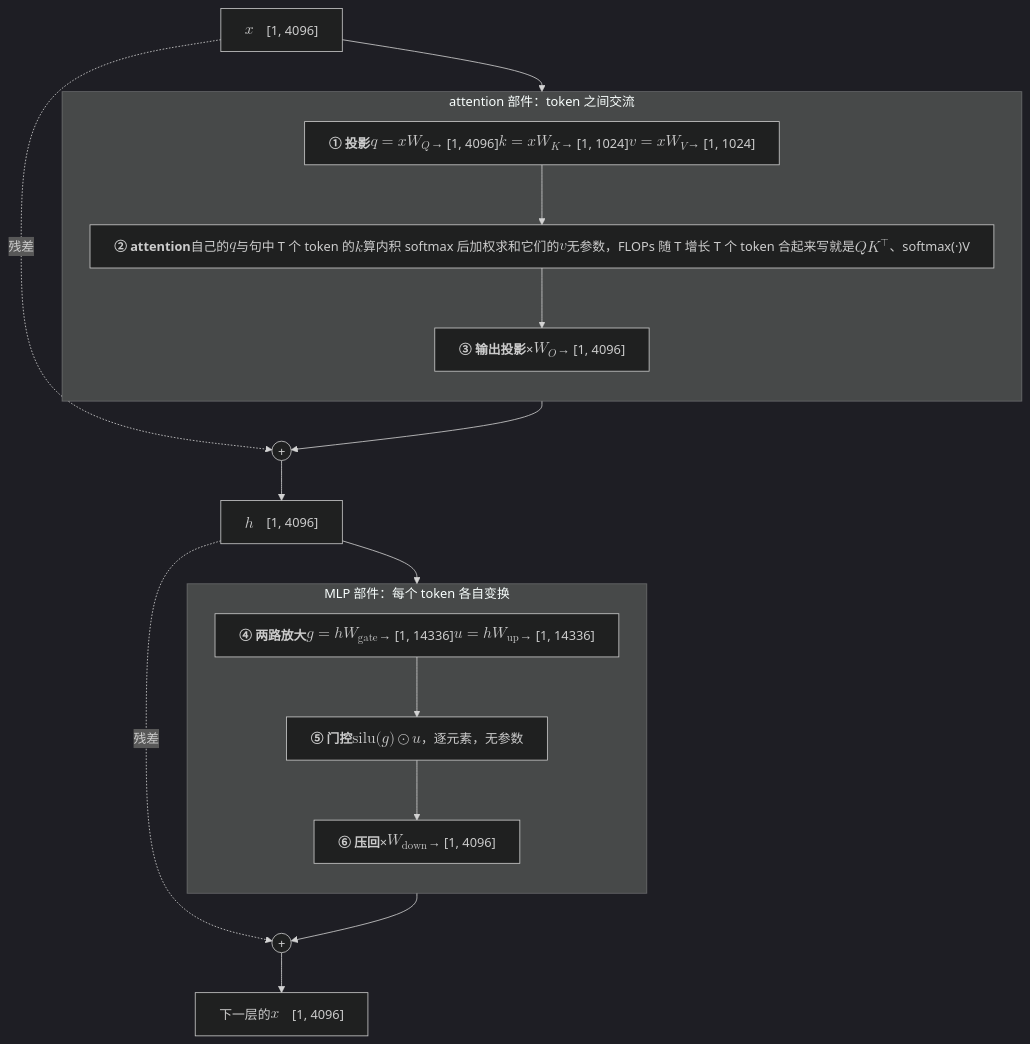
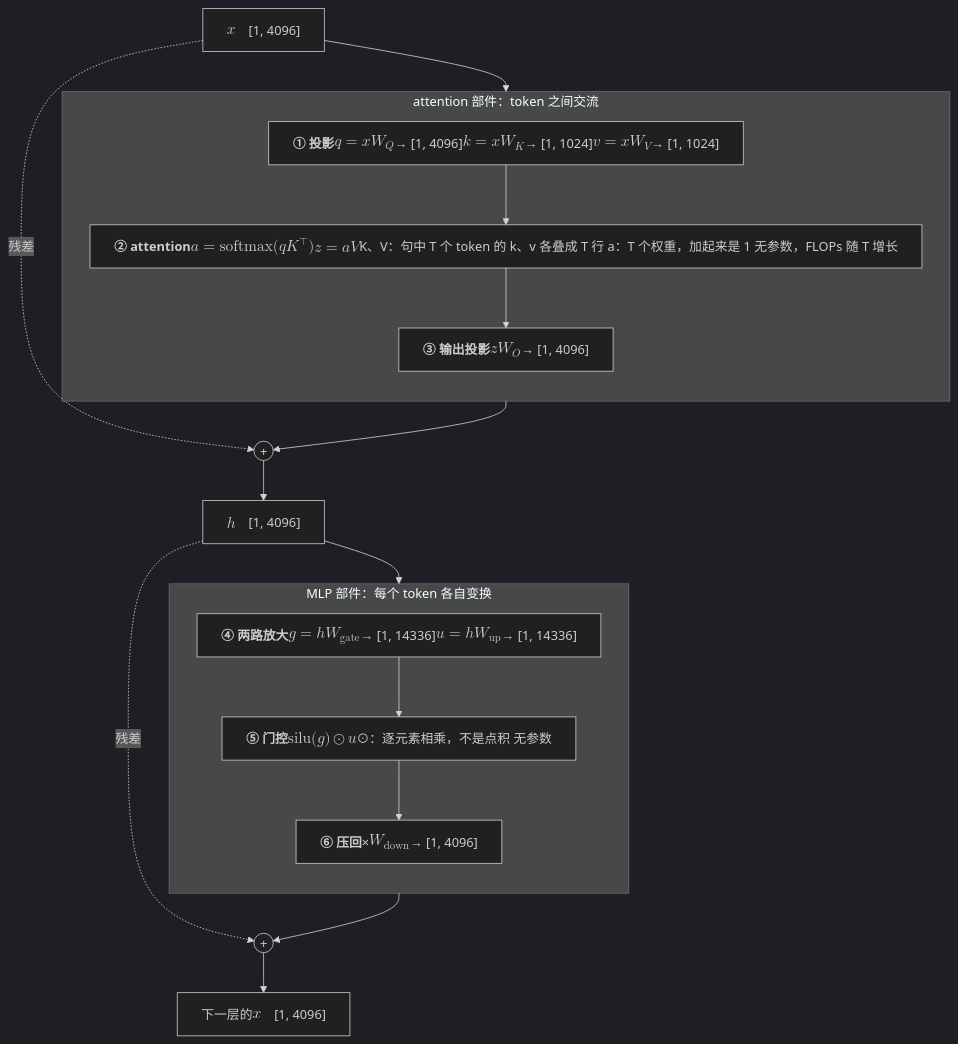
Before and after one commit to arganzheng/arganzheng.github.com: the diagram in _posts/2026-01-08-vectors-matrices-shapes-and-flops.md, drawn with Mermaid (dark theme). The commit also changed other lines of this file, not shown here.

First line of the commit message:
数学（01）：attention 方框先公式后说明，去掉 softmax(·) 占位写法，注明 ⊙ 是逐元素相乘

````diff
--- a/_posts/2026-01-08-vectors-matrices-shapes-and-flops.md
+++ b/_posts/2026-01-08-vectors-matrices-shapes-and-flops.md
@@ -323,26 +323,26 @@
 ```mermaid
 %%{init: {"flowchart": {"wrappingWidth": 250}}}%%
 %% 图：一个 Transformer 层的七个权重矩阵：attention 部件四个、MLP 部件三个，以 Llama-3-8B 的形状标注
 flowchart TB
     X["$$x$$　[1, 4096]"]
     subgraph ATTN["attention 部件：token 之间交流"]
         direction TB
         P["<b>① 投影</b><br/>$$q = x W_Q$$ → [1, 4096]<br/>$$k = x W_K$$ → [1, 1024]<br/>$$v = x W_V$$ → [1, 1024]"]
-        A["<b>② attention</b><br/>自己的 $$q$$ 与句中 T 个 token 的 $$k$$ 算内积<br/>softmax 后加权求和它们的 $$v$$<br/>无参数，FLOPs 随 T 增长<br/>T 个 token 合起来写就是 $$QK^\top$$、softmax(·)V"]
-        O["<b>③ 输出投影</b><br/>× $$W_O$$ → [1, 4096]"]
+        A["<b>② attention</b><br/>$$a = \text{softmax}(q K^\top)$$<br/>$$z = a V$$<br/>K、V：句中 T 个 token 的 k、v 各叠成 T 行<br/>a：T 个权重，加起来是 1<br/>无参数，FLOPs 随 T 增长"]
+        O["<b>③ 输出投影</b><br/>$$z W_O$$ → [1, 4096]"]
         P --> A --> O
     end
     subgraph MLP["MLP 部件：每个 token 各自变换"]
         direction TB
         G["<b>④ 两路放大</b><br/>$$g = h W_{\text{gate}}$$ → [1, 14336]<br/>$$u = h W_{\text{up}}$$ → [1, 14336]"]
-        S["<b>⑤ 门控</b><br/>$$\text{silu}(g) \odot u$$，逐元素，无参数"]
+        S["<b>⑤ 门控</b><br/>$$\text{silu}(g) \odot u$$<br/>⊙：逐元素相乘，不是点积<br/>无参数"]
         D["<b>⑥ 压回</b><br/>× $$W_{\text{down}}$$ → [1, 4096]"]
         G --> S --> D
     end
     X --> P
     O --> ADD1(("+")) --> H["$$h$$　[1, 4096]"]
     X -. 残差 .-> ADD1
     H --> G
     D --> ADD2(("+")) --> Y["下一层的 $$x$$　[1, 4096]"]
     H -. 残差 .-> ADD2
 ```
````
